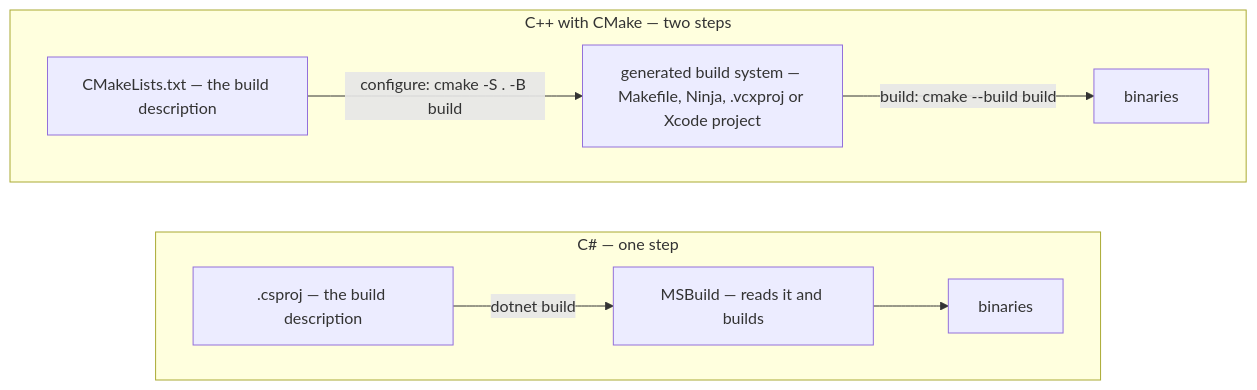
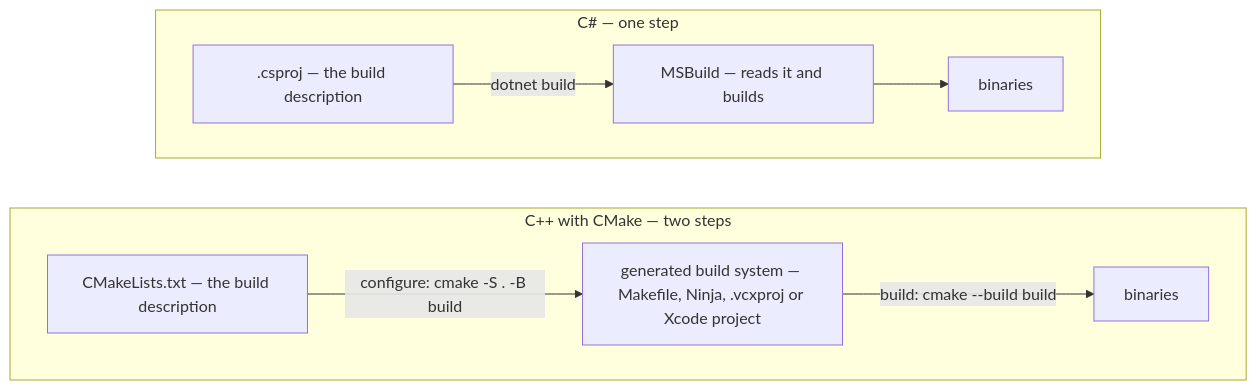
Before and after one commit to mkhomutov/going-unmanaged: the diagram in book/26-build-systems-and-cmake.md, drawn with Mermaid. The commit also changed other lines of this file and 2 other files, not shown here.

First line of the commit message:
Fix three diagram layout problems found by rendering them

````diff
--- a/book/26-build-systems-and-cmake.md
+++ b/book/26-build-systems-and-cmake.md
@@ -45,13 +45,13 @@
 ```mermaid
 flowchart LR
+    subgraph CPP["C++ with CMake — two steps"]
+        direction LR
+        CML["CMakeLists.txt — the build description"] -->|"configure: cmake -S . -B build"| GEN["generated build system — Makefile, Ninja, .vcxproj or Xcode project"]
+        GEN -->|"build: cmake --build build"| CPPBIN["binaries"]
+    end
     subgraph CSHARP["C# — one step"]
         direction LR
         CSPROJ[".csproj — the build description"] -->|"dotnet build"| MSB["MSBuild — reads it and builds"]
         MSB --> CSBIN["binaries"]
     end
-    subgraph CPP["C++ with CMake — two steps"]
-        direction LR
-        CML["CMakeLists.txt — the build description"] -->|"configure: cmake -S . -B build"| GEN["generated build system — Makefile, Ninja, .vcxproj or Xcode project"]
-        GEN -->|"build: cmake --build build"| CPPBIN["binaries"]
-    end
 ```
````
